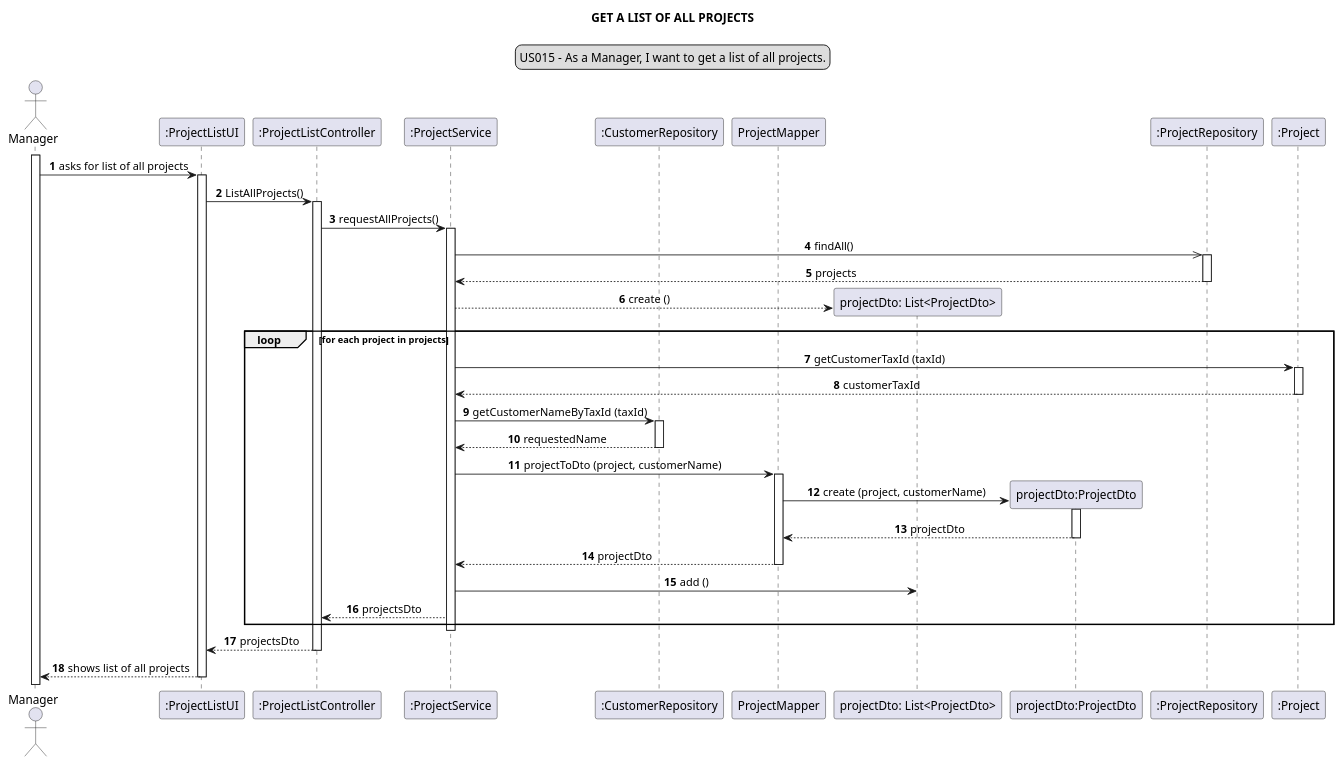
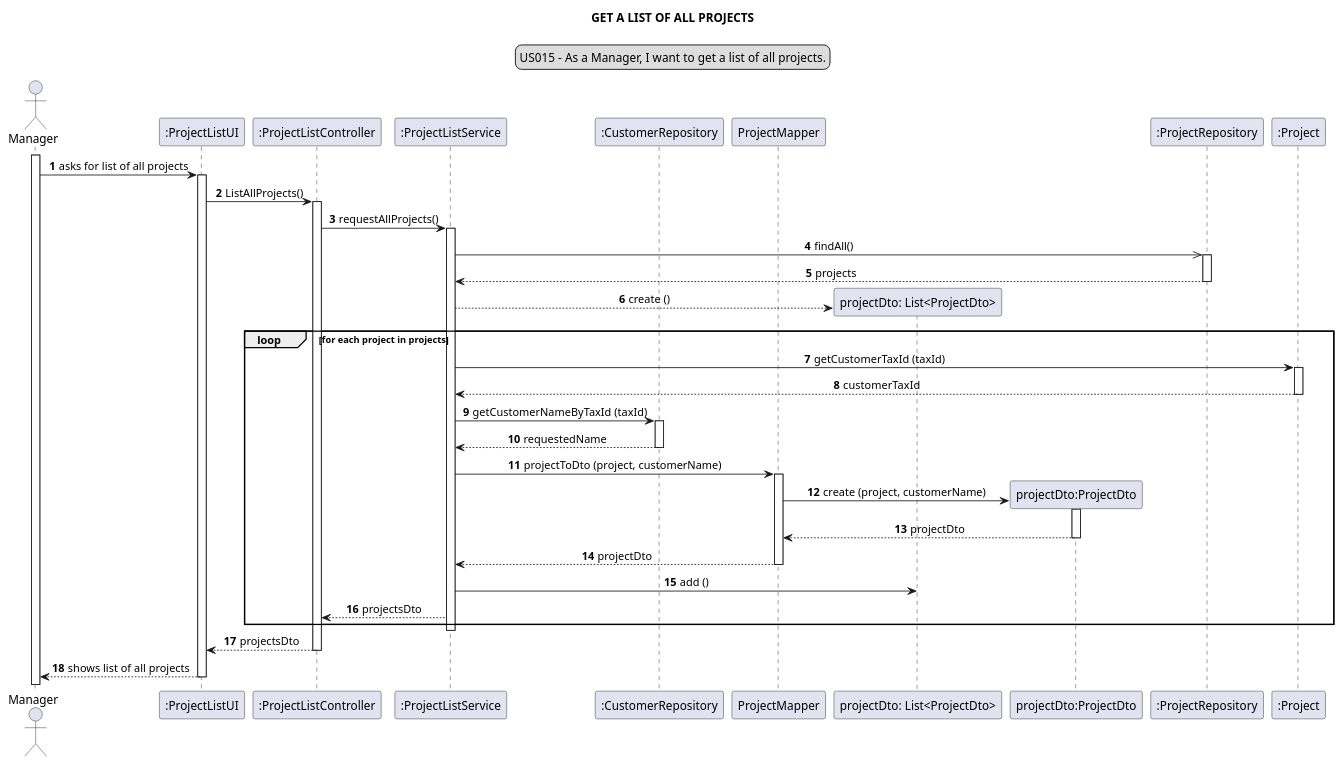
The diagram in docs/modelling_design/user_stories/sprint02/us015/US015_sequenceDiagram_ddd.puml (Loracline/project_switch_22-23), drawn with PlantUML before and after one commit. The commit also changed 2 other files, not shown here.

Commit message:
US015: Refactor to DDD: update of class Diagram, partial class Diagram and System Sequence Diagram addresses #350

```diff
--- a/docs/modelling_design/user_stories/sprint02/us015/US015_sequenceDiagram_ddd.puml
+++ b/docs/modelling_design/user_stories/sprint02/us015/US015_sequenceDiagram_ddd.puml
@@ -1,62 +1,62 @@
 @startuml
 
 skinparam sequenceMessageAlign center
 title GET A LIST OF ALL PROJECTS
 legend top
 US015 - As a Manager, I want to get a list of all projects.
 end legend
 autonumber
 actor Manager
 
 participant ":ProjectListUI" as ui
 participant ":ProjectListController" as controller
-participant ":ProjectService" as service
+participant ":ProjectListService" as service
 participant ":CustomerRepository" as custRepo
 participant "ProjectMapper" as mapper
 participant "projectDto: List<ProjectDto>" as list
 participant "projectDto:ProjectDto" as dto
 participant ":ProjectRepository" as projectRepo
 participant ":Project" as proj
 
 activate Manager
 Manager -> ui: asks for list of all projects
 activate ui
 ui -> controller: ListAllProjects()
 activate controller
 controller -> service: requestAllProjects()
 activate service
 service ->> projectRepo: findAll()
 activate projectRepo
 projectRepo --> service: projects
 deactivate projectRepo
 create list
 service --> list: create ()
 
 loop for each project in projects
 service -> proj: getCustomerTaxId (taxId)
 activate proj
 proj --> service: customerTaxId
 deactivate proj
 service -> custRepo: getCustomerNameByTaxId (taxId)
 activate custRepo
 custRepo --> service: requestedName
 deactivate custRepo
 service -> mapper: projectToDto (project, customerName)
 activate mapper
 create dto
 mapper -> dto: create (project, customerName)
 activate dto
 dto --> mapper: projectDto
 deactivate dto
 mapper --> service: projectDto
 deactivate mapper
 service -> list: add ()
 service --> controller: projectsDto
 end loop
 deactivate service
 ui <-- controller: projectsDto
 deactivate controller
 ui --> Manager: shows list of all projects
 deactivate ui
 
 @enduml
```
